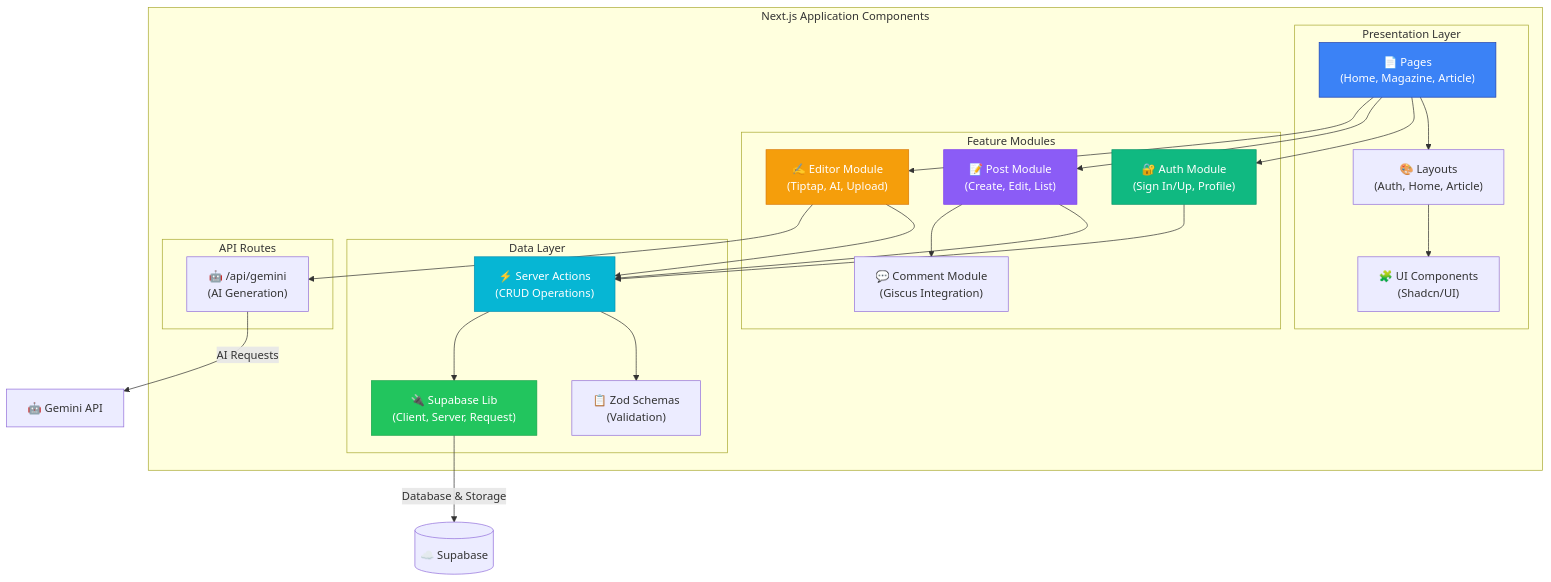
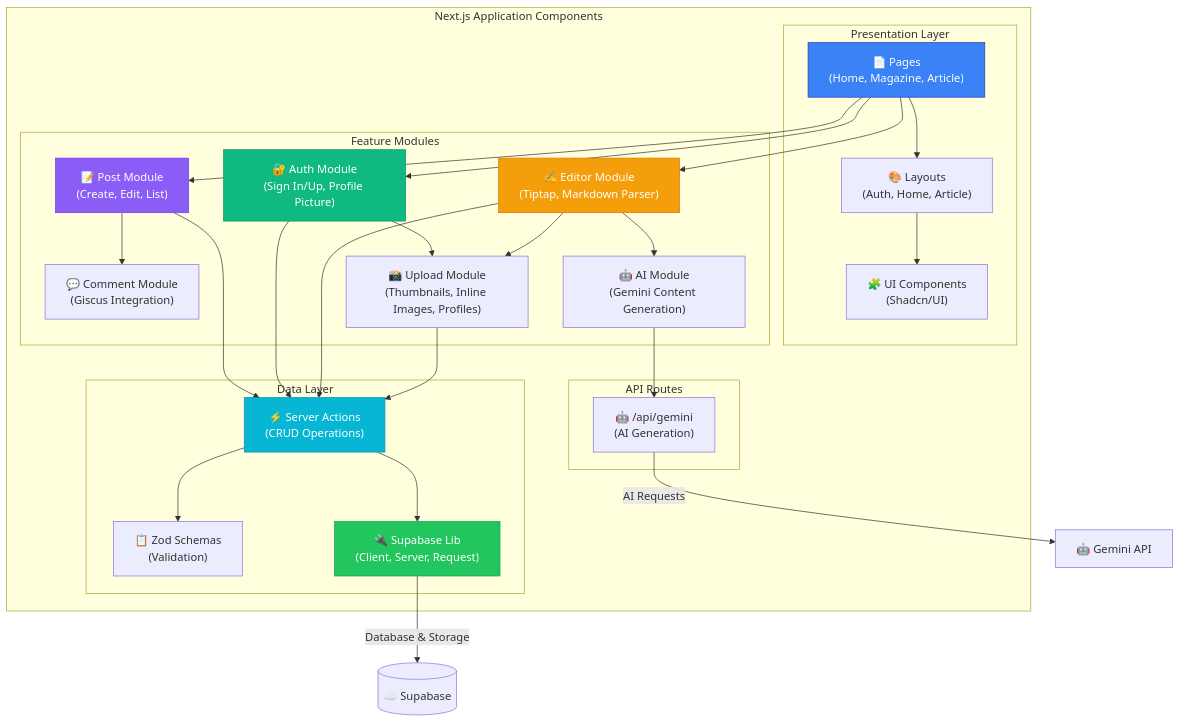
The third of 6 diagrams in README.md (Ahmed-Elgendy25/my-blog-post), drawn with Mermaid before and after one commit. The commit also changed other lines of this file, not shown here.

First line of the commit message:
Update README with expanded feature and architecture details

````diff
--- a/README.md
+++ b/README.md
@@ -130,53 +138,59 @@
 ```mermaid
 graph TB
     subgraph "Next.js Application Components"
         subgraph "Presentation Layer"
             Pages["📄 Pages<br/>(Home, Magazine, Article)"]
             Layouts["🎨 Layouts<br/>(Auth, Home, Article)"]
             UIComponents["🧩 UI Components<br/>(Shadcn/UI)"]
         end
 
         subgraph "Feature Modules"
-            AuthModule["🔐 Auth Module<br/>(Sign In/Up, Profile)"]
+            AuthModule["🔐 Auth Module<br/>(Sign In/Up, Profile Picture)"]
             PostModule["📝 Post Module<br/>(Create, Edit, List)"]
             CommentModule["💬 Comment Module<br/>(Giscus Integration)"]
-            EditorModule["✍️ Editor Module<br/>(Tiptap, AI, Upload)"]
+            EditorModule["✍️ Editor Module<br/>(Tiptap, Markdown Parser)"]
+            UploadModule["📸 Upload Module<br/>(Thumbnails, Inline Images, Profiles)"]
+            AIModule["🤖 AI Module<br/>(Gemini Content Generation)"]
         end
 
         subgraph "Data Layer"
             Actions["⚡ Server Actions<br/>(CRUD Operations)"]
             Schemas["📋 Zod Schemas<br/>(Validation)"]
             SupabaseLib["🔌 Supabase Lib<br/>(Client, Server, Request)"]
         end
 
         subgraph "API Routes"
             GeminiAPI["🤖 /api/gemini<br/>(AI Generation)"]
         end
 
         Pages --> Layouts
         Layouts --> UIComponents
         Pages --> AuthModule
         Pages --> PostModule
         Pages --> EditorModule
         PostModule --> Actions
         AuthModule --> Actions
+        AuthModule --> UploadModule
         EditorModule --> Actions
-        EditorModule --> GeminiAPI
+        EditorModule --> UploadModule
+        EditorModule --> AIModule
+        AIModule --> GeminiAPI
+        UploadModule --> Actions
         Actions --> Schemas
         Actions --> SupabaseLib
         PostModule --> CommentModule
     end
 
     SupabaseCloud[("☁️ Supabase")]
     GeminiService["🤖 Gemini API"]
 
     SupabaseLib -->|"Database & Storage"| SupabaseCloud
     GeminiAPI -->|"AI Requests"| GeminiService
 
     style Pages fill:#3b82f6,stroke:#1e40af,color:#fff
     style AuthModule fill:#10b981,stroke:#059669,color:#fff
     style PostModule fill:#8b5cf6,stroke:#7c3aed,color:#fff
     style EditorModule fill:#f59e0b,stroke:#d97706,color:#fff
     style Actions fill:#06b6d4,stroke:#0891b2,color:#fff
     style SupabaseLib fill:#22c55e,stroke:#16a34a,color:#fff
 ```
````
